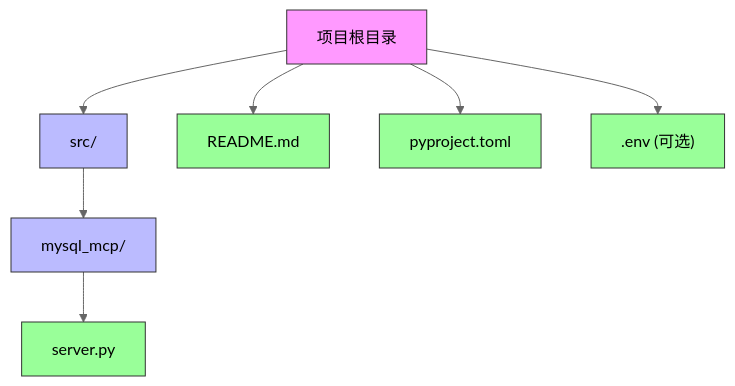
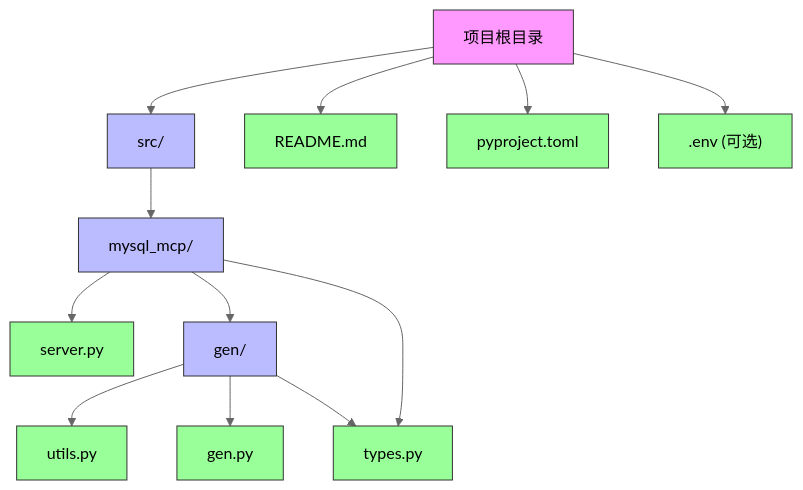
One commit to junerver/multi_mcp_server changed the first of 8 diagrams in .qoder/repowiki/zh/content/API参考/MySQL数据库操作API.md. Above: the diagram before and after it, drawn with Mermaid (neutral theme). The commit also changed other lines of this file and 9 other files, not shown here.

````diff
--- a/.qoder/repowiki/zh/content/API参考/MySQL数据库操作API.md
+++ b/.qoder/repowiki/zh/content/API参考/MySQL数据库操作API.md
@@ -30,17 +43,26 @@
 ```mermaid
 graph TD
 ProjectRoot["项目根目录"]
 ProjectRoot --> src["src/"]
 src --> mysql_mcp["mysql_mcp/"]
 mysql_mcp --> server_py["server.py"]
+mysql_mcp --> gen["gen/"]
+gen --> utils_py["utils.py"]
+gen --> gen_py["gen.py"]
+gen --> types_py["types.py"]
+mysql_mcp --> types_py["types.py"]
 ProjectRoot --> README_md["README.md"]
 ProjectRoot --> pyproject_toml["pyproject.toml"]
 ProjectRoot --> env[".env (可选)"]
 style ProjectRoot fill:#f9f,stroke:#333
 style src fill:#bbf,stroke:#333
 style mysql_mcp fill:#bbf,stroke:#333
 style server_py fill:#9f9,stroke:#333
+style gen fill:#bbf,stroke:#333
+style utils_py fill:#9f9,stroke:#333
+style gen_py fill:#9f9,stroke:#333
+style types_py fill:#9f9,stroke:#333
 style README_md fill:#9f9,stroke:#333
 style pyproject_toml fill:#9f9,stroke:#333
 style env fill:#9f9,stroke:#333
 ```
````
